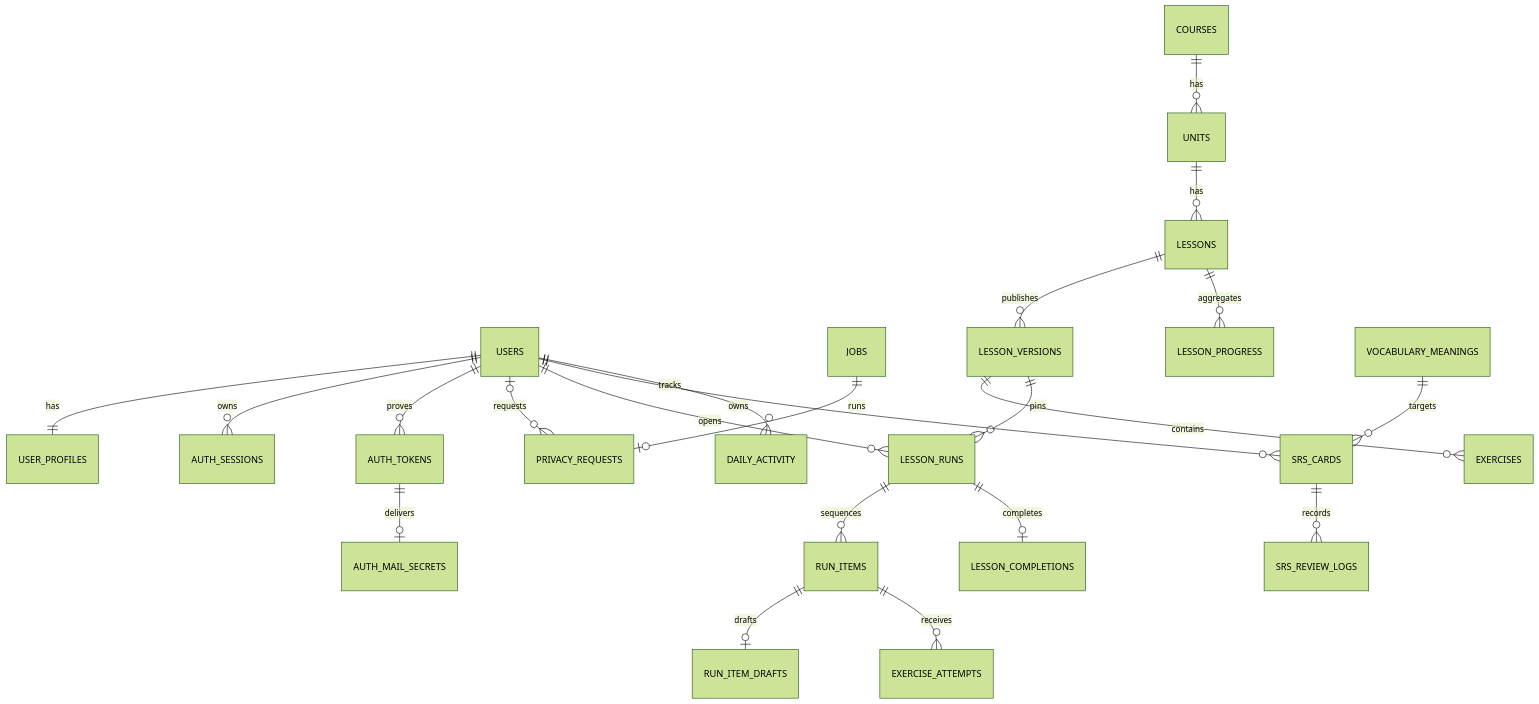
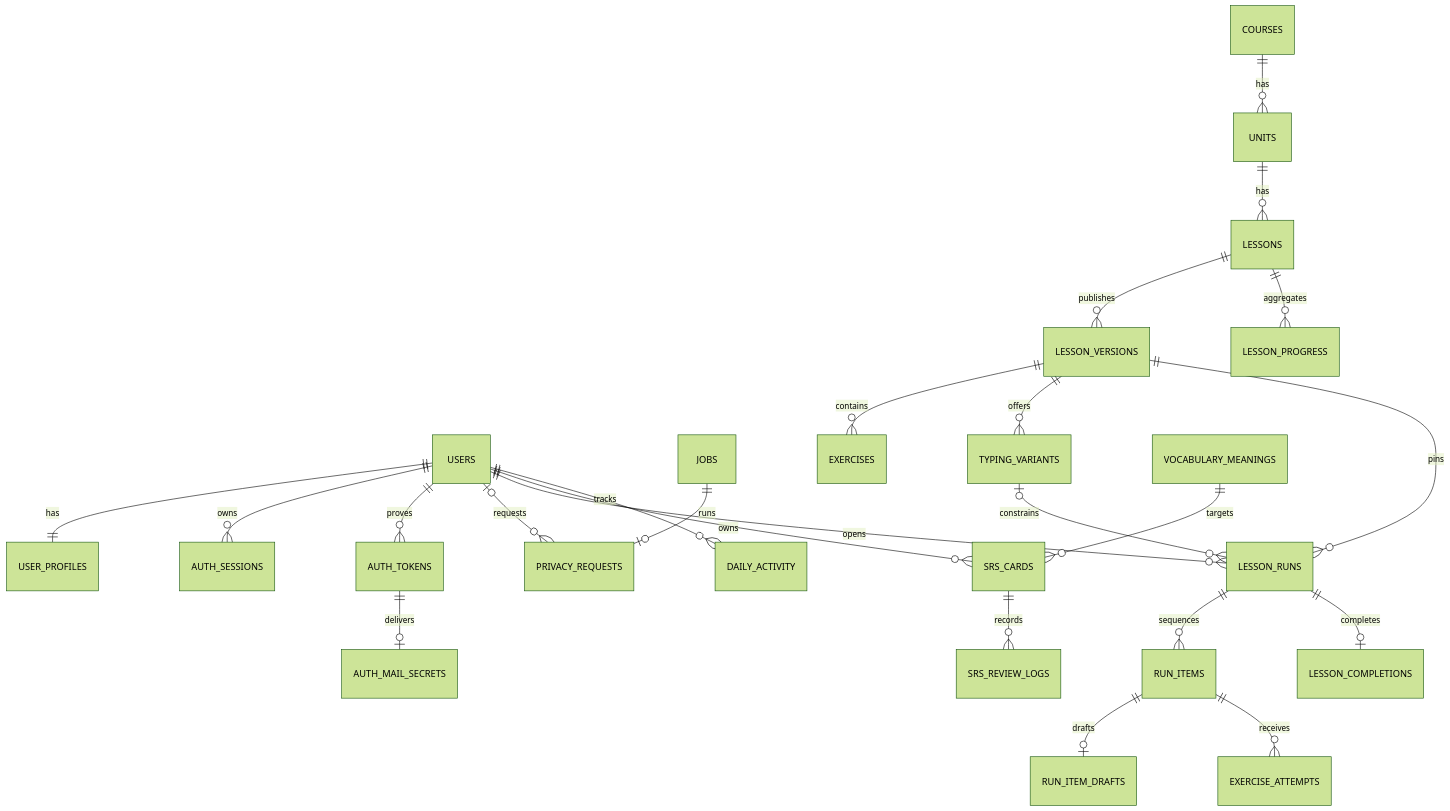
The first of 4 diagrams in docs/architecture/04-database-design.md (HIspcvn/English-Learning-Platform), drawn with Mermaid (forest theme) before and after one commit. The commit also changed other lines of this file and 29 other files, not shown here.

Commit message:
docs: finalize feature parity and architecture contracts

````diff
--- a/docs/architecture/04-database-design.md
+++ b/docs/architecture/04-database-design.md
@@ -95,24 +98,26 @@
 ```mermaid
 erDiagram
   USERS ||--|| USER_PROFILES : has
   USERS ||--o{ AUTH_SESSIONS : owns
   USERS ||--o{ AUTH_TOKENS : proves
   AUTH_TOKENS ||--o| AUTH_MAIL_SECRETS : delivers
   USERS o|--o{ PRIVACY_REQUESTS : requests
   JOBS ||--o| PRIVACY_REQUESTS : runs
   USERS ||--o{ LESSON_RUNS : opens
   COURSES ||--o{ UNITS : has
   UNITS ||--o{ LESSONS : has
   LESSONS ||--o{ LESSON_VERSIONS : publishes
   LESSONS ||--o{ LESSON_PROGRESS : aggregates
   LESSON_VERSIONS ||--o{ EXERCISES : contains
+  LESSON_VERSIONS ||--o{ TYPING_VARIANTS : offers
   LESSON_VERSIONS ||--o{ LESSON_RUNS : pins
+  TYPING_VARIANTS o|--o{ LESSON_RUNS : constrains
   LESSON_RUNS ||--o{ RUN_ITEMS : sequences
   RUN_ITEMS ||--o| RUN_ITEM_DRAFTS : drafts
   RUN_ITEMS ||--o{ EXERCISE_ATTEMPTS : receives
   LESSON_RUNS ||--o| LESSON_COMPLETIONS : completes
   USERS ||--o{ SRS_CARDS : owns
   SRS_CARDS ||--o{ SRS_REVIEW_LOGS : records
   USERS ||--o{ DAILY_ACTIVITY : tracks
   VOCABULARY_MEANINGS ||--o{ SRS_CARDS : targets
 ```
````
